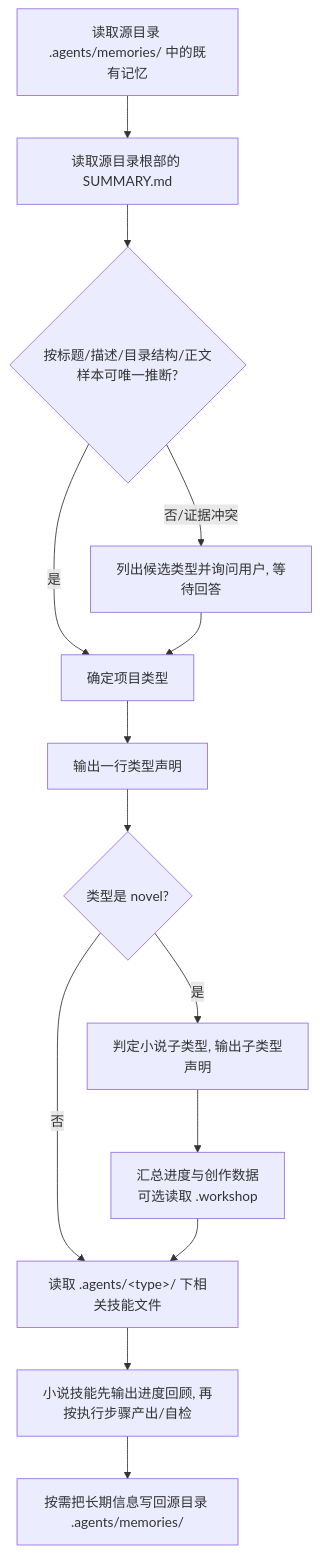
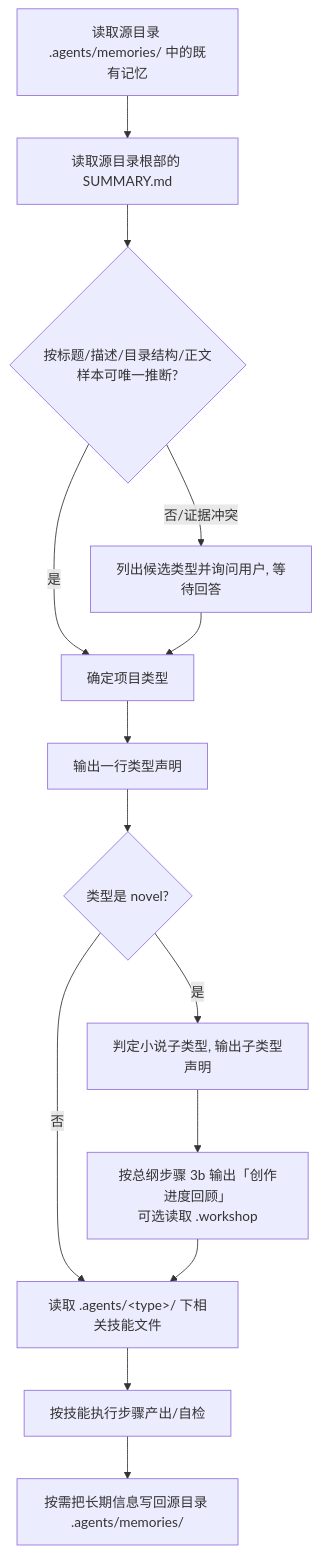
The diagram in docs/prd/11-ai-skills.md (the-writer/camus), drawn with Mermaid before and after one commit. The commit also changed other lines of this file and 30 other files, not shown here.

````diff
--- a/docs/prd/11-ai-skills.md
+++ b/docs/prd/11-ai-skills.md
@@ -58,16 +59,16 @@
 ```mermaid
 flowchart TD
     A[读取源目录 .agents/memories/ 中的既有记忆] --> B[读取源目录根部的 SUMMARY.md]
     B --> C{按标题/描述/目录结构/正文样本可唯一推断?}
     C -->|是| D[确定项目类型]
     C -->|否/证据冲突| E[列出候选类型并询问用户, 等待回答]
     E --> D
     D --> F[输出一行类型声明]
     F --> G{类型是 novel?}
     G -->|否| I[读取 .agents/&lt;type&gt;/ 下相关技能文件]
     G -->|是| H[判定小说子类型, 输出子类型声明]
-    H --> H2[汇总进度与创作数据<br/>可选读取 .workshop]
+    H --> H2[按总纲步骤 3b 输出「创作进度回顾」<br/>可选读取 .workshop]
     H2 --> I
-    I --> J[小说技能先输出进度回顾, 再按执行步骤产出/自检]
+    I --> J[按技能执行步骤产出/自检]
     J --> K[按需把长期信息写回源目录 .agents/memories/]
 ```
````
